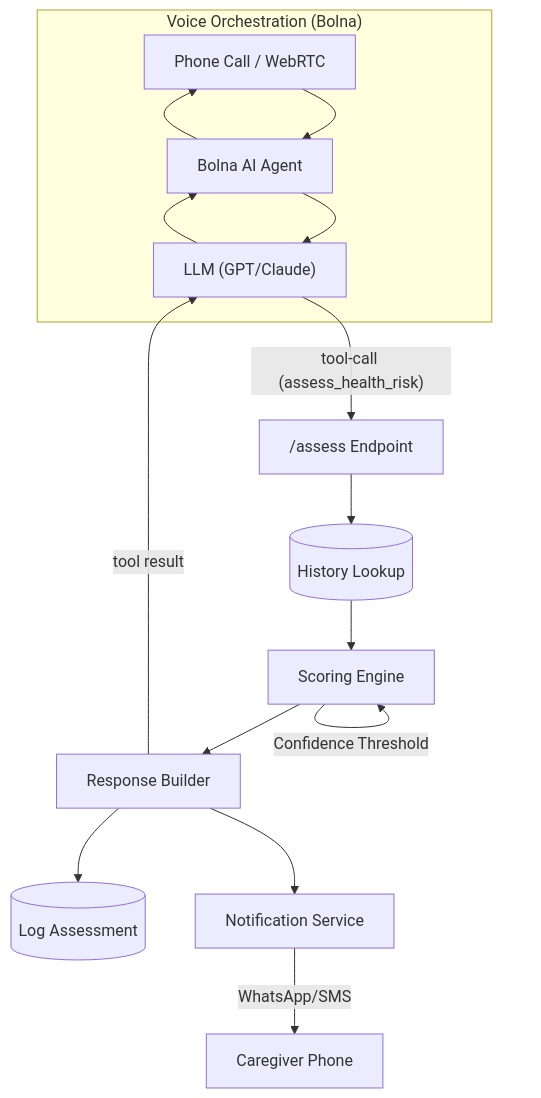
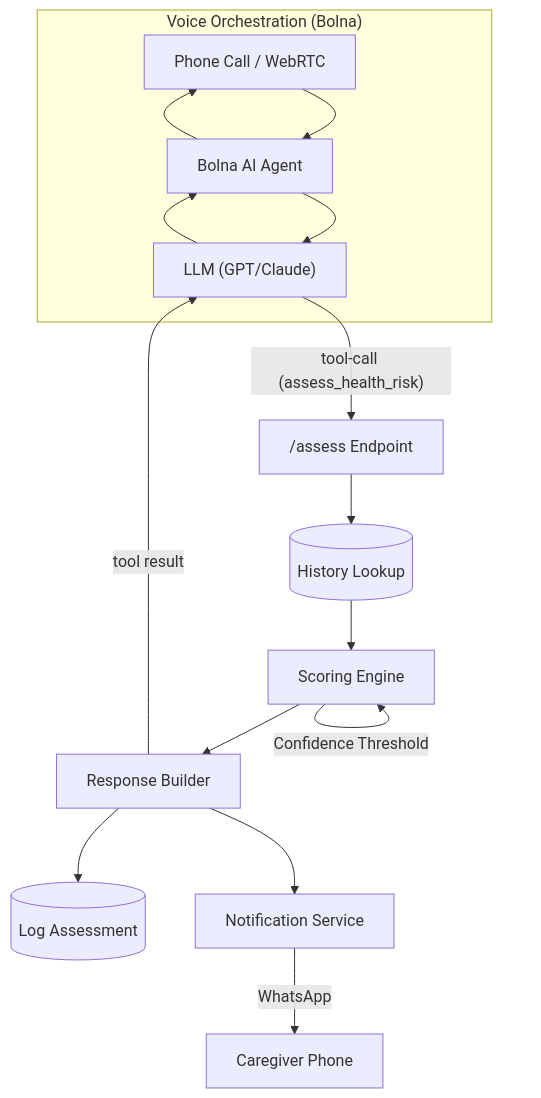
Before and after one commit to kedar-builds/wellring-voice_agent: the first of 2 diagrams in context/architecture.md, drawn with Mermaid. The commit also changed other lines of this file and 3 other files, not shown here.

Commit message:
docs: update AI assistant persona name to Alice and standardize WhatsApp notification channels

````diff
--- a/context/architecture.md
+++ b/context/architecture.md
@@ -5,23 +5,23 @@
 ```mermaid
 graph TD;
     subgraph "Voice Orchestration (Bolna)"
         Phone["Phone Call / WebRTC"]
         Bolna["Bolna AI Agent"]
         LLM["LLM (GPT/Claude)"]
     end
 
     Phone --> Bolna
     Bolna --> LLM
     LLM -- "tool-call (assess_health_risk)" --> FastAPI["/assess Endpoint"]
     FastAPI --> DBCheck[(History Lookup)]
     DBCheck --> Scoring[Scoring Engine]
     Scoring -- History Multiplier --> Scoring
     Scoring -- Confidence Threshold --> Scoring
     Scoring --> ResponseBuilder[Response Builder]
     ResponseBuilder --> DBLog[(Log Assessment)]
     ResponseBuilder --> Alerts[Notification Service]
-    Alerts -- WhatsApp/SMS --> Caregiver[Caregiver Phone]
+    Alerts -- WhatsApp --> Caregiver[Caregiver Phone]
     ResponseBuilder -- "tool result" --> LLM
     LLM --> Bolna
     Bolna --> Phone
 ```
````
